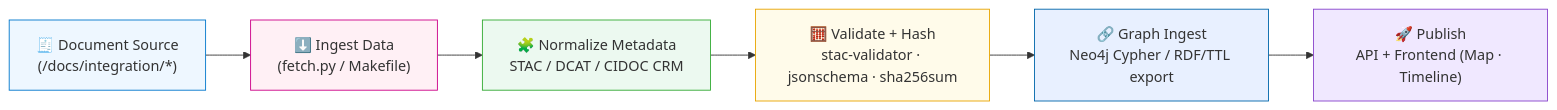
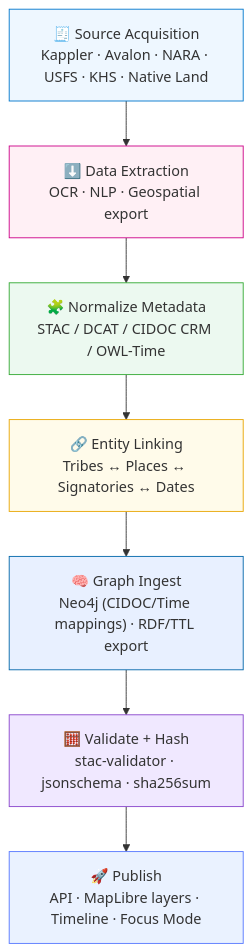
Before and after one commit to bartytime4life/Kansas-Frontier-Matrix: the diagram in docs/integration/README.md, drawn with Mermaid. The commit also changed other lines of this file, not shown here.

First line of the commit message:
Revise integration documentation for treaties focus

````diff
--- a/docs/integration/README.md
+++ b/docs/integration/README.md
@@ -122,16 +140,17 @@
 ```mermaid
-flowchart LR
-    A["🧾 Document Source<br/>(/docs/integration/*)"] --> B["⬇️ Ingest Data<br/>(fetch.py / Makefile)"]
-    B --> C["🧩 Normalize Metadata<br/>STAC / DCAT / CIDOC CRM"]
-    C --> D["🧮 Validate + Hash<br/>stac-validator · jsonschema · sha256sum"]
-    D --> E["🔗 Graph Ingest<br/>Neo4j Cypher / RDF/TTL export"]
-    E --> F["🚀 Publish<br/>API + Frontend (Map · Timeline)"]
+flowchart TD
+  A["🧾 Source Acquisition<br/>Kappler · Avalon · NARA · USFS · KHS · Native Land"] --> B["⬇️ Data Extraction<br/>OCR · NLP · Geospatial export"]
+  B --> C["🧩 Normalize Metadata<br/>STAC / DCAT / CIDOC CRM / OWL-Time"]
+  C --> D["🔗 Entity Linking<br/>Tribes ↔ Places ↔ Signatories ↔ Dates"]
+  D --> E["🧠 Graph Ingest<br/>Neo4j (CIDOC/Time mappings) · RDF/TTL export"]
+  E --> F["🧮 Validate + Hash<br/>stac-validator · jsonschema · sha256sum"]
+  F --> G["🚀 Publish<br/>API · MapLibre layers · Timeline · Focus Mode"]
 
-    style A fill:#eef7ff,stroke:#0077cc
-    style B fill:#fff0f5,stroke:#cc0088
-    style C fill:#ecf9f0,stroke:#33aa33
-    style D fill:#fffbea,stroke:#e8a500
-    style E fill:#e8f0ff,stroke:#0066aa
-    style F fill:#f0e8ff,stroke:#8844cc
-%% END OF MERMAID
+  style A fill:#eef7ff,stroke:#0077cc
+  style B fill:#fff0f5,stroke:#cc0088
+  style C fill:#ecf9f0,stroke:#33aa33
+  style D fill:#fffbea,stroke:#e8a500
+  style E fill:#e8f0ff,stroke:#0066aa
+  style F fill:#f0e8ff,stroke:#8844cc
+  style G fill:#eaf2ff,stroke:#5577ff
 ```
````
